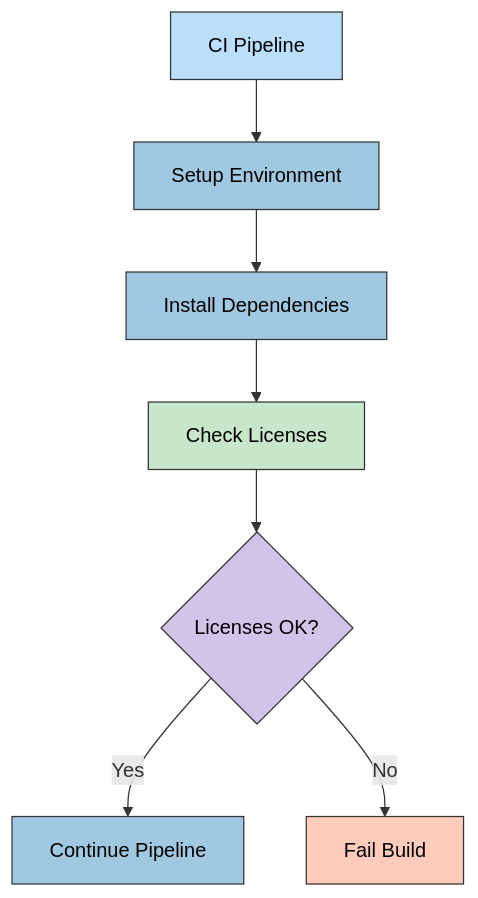
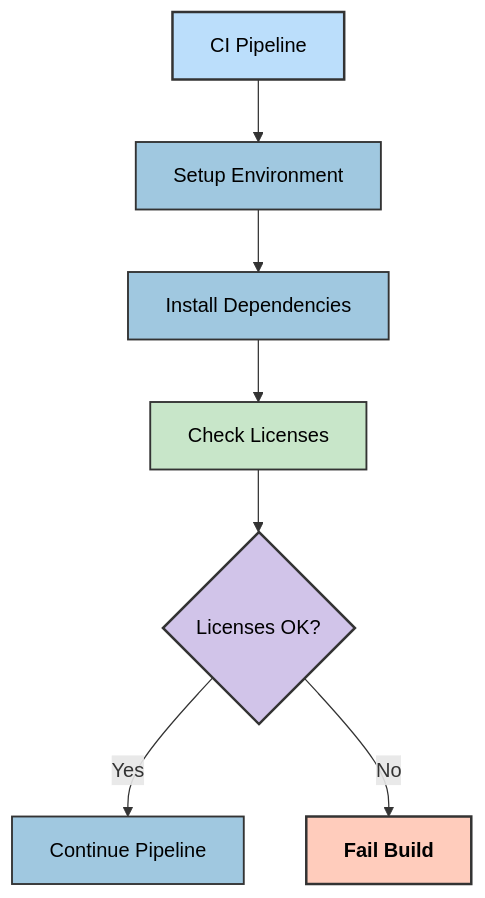
One commit to Hack23/cia-compliance-manager changed the second of 6 diagrams in docs/architecture/WORKFLOWS.md. Above: the diagram before and after it, drawn with Mermaid. The commit also changed other lines of this file, not shown here.

````diff
--- a/docs/architecture/WORKFLOWS.md
+++ b/docs/architecture/WORKFLOWS.md
@@ -82,22 +91,22 @@
 ```mermaid
 flowchart TD
     Start[CI Pipeline] --> Setup[Setup Environment]
     Setup --> Install[Install Dependencies]
     Install --> LicenseCheck[Check Licenses]
     LicenseCheck --> Pass{Licenses OK?}
     Pass -->|Yes| Continue[Continue Pipeline]
     Pass -->|No| Fail[Fail Build]
 
-    %% Cool color styling
-    classDef startNode fill:#bbdefb,stroke:#333,stroke-width:1px,color:black
-    classDef processNode fill:#a0c8e0,stroke:#333,stroke-width:1px,color:black
-    classDef checkNode fill:#c8e6c9,stroke:#333,stroke-width:1px,color:black
-    classDef decisionNode fill:#d1c4e9,stroke:#333,stroke-width:1px,color:black
-    classDef failNode fill:#ffccbc,stroke:#333,stroke-width:1px,color:black
+    %% Enhanced styling with better visual hierarchy
+    classDef startNode fill:#bbdefb,stroke:#333,stroke-width:2px,color:black
+    classDef processNode fill:#a0c8e0,stroke:#333,stroke-width:1.5px,color:black
+    classDef checkNode fill:#c8e6c9,stroke:#333,stroke-width:1.5px,color:black
+    classDef decisionNode fill:#d1c4e9,stroke:#333,stroke-width:2px,color:black
+    classDef failNode fill:#ffccbc,stroke:#333,stroke-width:2px,color:black,font-weight:bold
 
     class Start startNode
     class Setup,Install,Continue processNode
     class LicenseCheck checkNode
     class Pass decisionNode
     class Fail failNode
 ```
````
